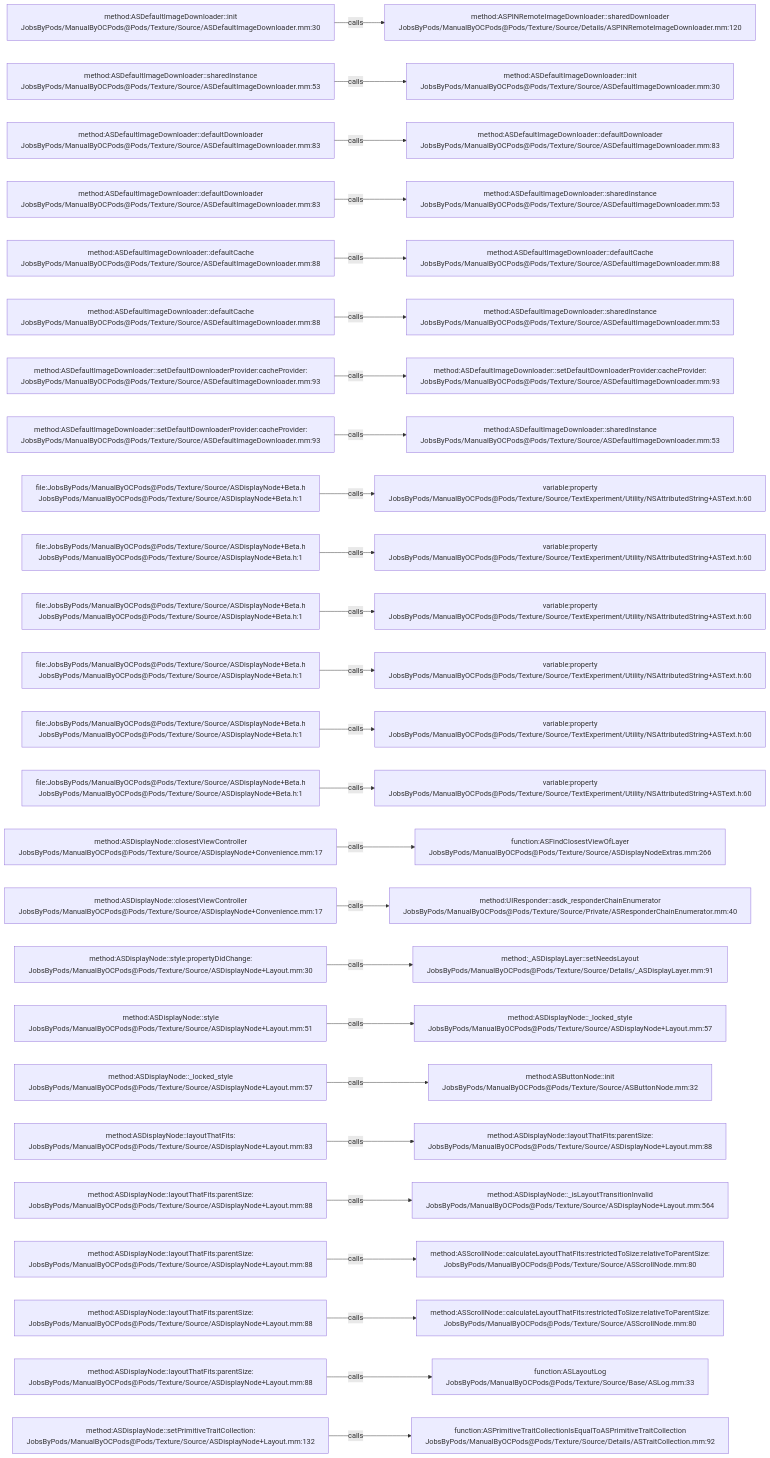
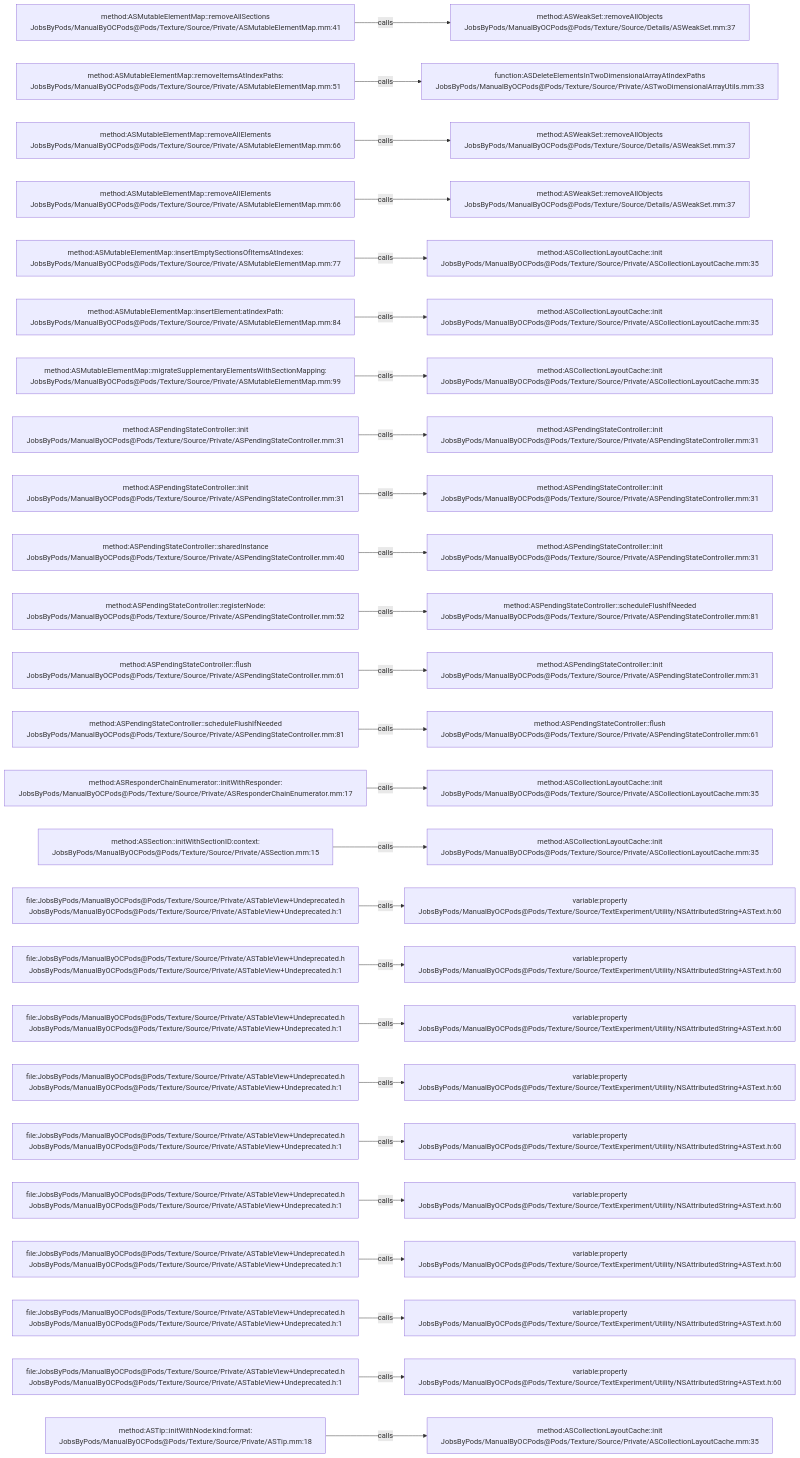
One commit to JobsKits/JobsOCBaseConfigDemo changed the diagram in .codegraph/codegraph.md/graphs/calls-199.md. Above: the diagram before and after it, drawn with Mermaid. The commit also changed 2162 other files, not shown here.

````diff
--- a/.codegraph/codegraph.md/graphs/calls-199.md
+++ b/.codegraph/codegraph.md/graphs/calls-199.md
@@ -13,78 +13,78 @@
 ```mermaid
 flowchart LR
-  S1["method:ASDefaultImageDownloader::init<br/>JobsByPods/ManualByOCPods@Pods/Texture/Source/ASDefaultImageDownloader.mm:30"]
-  T1["method:ASPINRemoteImageDownloader::sharedDownloader<br/>JobsByPods/ManualByOCPods@Pods/Texture/Source/Details/ASPINRemoteImageDownloader.mm:120"]
+  S1["method:ASMutableElementMap::removeAllSections<br/>JobsByPods/ManualByOCPods@Pods/Texture/Source/Private/ASMutableElementMap.mm:41"]
+  T1["method:ASWeakSet::removeAllObjects<br/>JobsByPods/ManualByOCPods@Pods/Texture/Source/Details/ASWeakSet.mm:37"]
   S1 -->|calls| T1
-  S2["method:ASDefaultImageDownloader::sharedInstance<br/>JobsByPods/ManualByOCPods@Pods/Texture/Source/ASDefaultImageDownloader.mm:53"]
-  T2["method:ASDefaultImageDownloader::init<br/>JobsByPods/ManualByOCPods@Pods/Texture/Source/ASDefaultImageDownloader.mm:30"]
+  S2["method:ASMutableElementMap::removeItemsAtIndexPaths:<br/>JobsByPods/ManualByOCPods@Pods/Texture/Source/Private/ASMutableElementMap.mm:51"]
+  T2["function:ASDeleteElementsInTwoDimensionalArrayAtIndexPaths<br/>JobsByPods/ManualByOCPods@Pods/Texture/Source/Private/ASTwoDimensionalArrayUtils.mm:33"]
   S2 -->|calls| T2
-  S3["method:ASDefaultImageDownloader::defaultDownloader<br/>JobsByPods/ManualByOCPods@Pods/Texture/Source/ASDefaultImageDownloader.mm:83"]
-  T3["method:ASDefaultImageDownloader::defaultDownloader<br/>JobsByPods/ManualByOCPods@Pods/Texture/Source/ASDefaultImageDownloader.mm:83"]
+  S3["method:ASMutableElementMap::removeAllElements<br/>JobsByPods/ManualByOCPods@Pods/Texture/Source/Private/ASMutableElementMap.mm:66"]
+  T3["method:ASWeakSet::removeAllObjects<br/>JobsByPods/ManualByOCPods@Pods/Texture/Source/Details/ASWeakSet.mm:37"]
   S3 -->|calls| T3
-  S4["method:ASDefaultImageDownloader::defaultDownloader<br/>JobsByPods/ManualByOCPods@Pods/Texture/Source/ASDefaultImageDownloader.mm:83"]
-  T4["method:ASDefaultImageDownloader::sharedInstance<br/>JobsByPods/ManualByOCPods@Pods/Texture/Source/ASDefaultImageDownloader.mm:53"]
+  S4["method:ASMutableElementMap::removeAllElements<br/>JobsByPods/ManualByOCPods@Pods/Texture/Source/Private/ASMutableElementMap.mm:66"]
+  T4["method:ASWeakSet::removeAllObjects<br/>JobsByPods/ManualByOCPods@Pods/Texture/Source/Details/ASWeakSet.mm:37"]
   S4 -->|calls| T4
-  S5["method:ASDefaultImageDownloader::defaultCache<br/>JobsByPods/ManualByOCPods@Pods/Texture/Source/ASDefaultImageDownloader.mm:88"]
-  T5["method:ASDefaultImageDownloader::defaultCache<br/>JobsByPods/ManualByOCPods@Pods/Texture/Source/ASDefaultImageDownloader.mm:88"]
+  S5["method:ASMutableElementMap::insertEmptySectionsOfItemsAtIndexes:<br/>JobsByPods/ManualByOCPods@Pods/Texture/Source/Private/ASMutableElementMap.mm:77"]
+  T5["method:ASCollectionLayoutCache::init<br/>JobsByPods/ManualByOCPods@Pods/Texture/Source/Private/ASCollectionLayoutCache.mm:35"]
   S5 -->|calls| T5
-  S6["method:ASDefaultImageDownloader::defaultCache<br/>JobsByPods/ManualByOCPods@Pods/Texture/Source/ASDefaultImageDownloader.mm:88"]
-  T6["method:ASDefaultImageDownloader::sharedInstance<br/>JobsByPods/ManualByOCPods@Pods/Texture/Source/ASDefaultImageDownloader.mm:53"]
+  S6["method:ASMutableElementMap::insertElement:atIndexPath:<br/>JobsByPods/ManualByOCPods@Pods/Texture/Source/Private/ASMutableElementMap.mm:84"]
+  T6["method:ASCollectionLayoutCache::init<br/>JobsByPods/ManualByOCPods@Pods/Texture/Source/Private/ASCollectionLayoutCache.mm:35"]
   S6 -->|calls| T6
-  S7["method:ASDefaultImageDownloader::setDefaultDownloaderProvider:cacheProvider:<br/>JobsByPods/ManualByOCPods@Pods/Texture/Source/ASDefaultImageDownloader.mm:93"]
-  T7["method:ASDefaultImageDownloader::setDefaultDownloaderProvider:cacheProvider:<br/>JobsByPods/ManualByOCPods@Pods/Texture/Source/ASDefaultImageDownloader.mm:93"]
+  S7["method:ASMutableElementMap::migrateSupplementaryElementsWithSectionMapping:<br/>JobsByPods/ManualByOCPods@Pods/Texture/Source/Private/ASMutableElementMap.mm:99"]
+  T7["method:ASCollectionLayoutCache::init<br/>JobsByPods/ManualByOCPods@Pods/Texture/Source/Private/ASCollectionLayoutCache.mm:35"]
   S7 -->|calls| T7
-  S8["method:ASDefaultImageDownloader::setDefaultDownloaderProvider:cacheProvider:<br/>JobsByPods/ManualByOCPods@Pods/Texture/Source/ASDefaultImageDownloader.mm:93"]
-  T8["method:ASDefaultImageDownloader::sharedInstance<br/>JobsByPods/ManualByOCPods@Pods/Texture/Source/ASDefaultImageDownloader.mm:53"]
+  S8["method:ASPendingStateController::init<br/>JobsByPods/ManualByOCPods@Pods/Texture/Source/Private/ASPendingStateController.mm:31"]
+  T8["method:ASPendingStateController::init<br/>JobsByPods/ManualByOCPods@Pods/Texture/Source/Private/ASPendingStateController.mm:31"]
   S8 -->|calls| T8
-  S9["file:JobsByPods/ManualByOCPods@Pods/Texture/Source/ASDisplayNode+Beta.h<br/>JobsByPods/ManualByOCPods@Pods/Texture/Source/ASDisplayNode+Beta.h:1"]
-  T9["variable:property<br/>JobsByPods/ManualByOCPods@Pods/Texture/Source/TextExperiment/Utility/NSAttributedString+ASText.h:60"]
+  S9["method:ASPendingStateController::init<br/>JobsByPods/ManualByOCPods@Pods/Texture/Source/Private/ASPendingStateController.mm:31"]
+  T9["method:ASPendingStateController::init<br/>JobsByPods/ManualByOCPods@Pods/Texture/Source/Private/ASPendingStateController.mm:31"]
   S9 -->|calls| T9
-  S10["file:JobsByPods/ManualByOCPods@Pods/Texture/Source/ASDisplayNode+Beta.h<br/>JobsByPods/ManualByOCPods@Pods/Texture/Source/ASDisplayNode+Beta.h:1"]
-  T10["variable:property<br/>JobsByPods/ManualByOCPods@Pods/Texture/Source/TextExperiment/Utility/NSAttributedString+ASText.h:60"]
+  S10["method:ASPendingStateController::sharedInstance<br/>JobsByPods/ManualByOCPods@Pods/Texture/Source/Private/ASPendingStateController.mm:40"]
+  T10["method:ASPendingStateController::init<br/>JobsByPods/ManualByOCPods@Pods/Texture/Source/Private/ASPendingStateController.mm:31"]
   S10 -->|calls| T10
-  S11["file:JobsByPods/ManualByOCPods@Pods/Texture/Source/ASDisplayNode+Beta.h<br/>JobsByPods/ManualByOCPods@Pods/Texture/Source/ASDisplayNode+Beta.h:1"]
-  T11["variable:property<br/>JobsByPods/ManualByOCPods@Pods/Texture/Source/TextExperiment/Utility/NSAttributedString+ASText.h:60"]
+  S11["method:ASPendingStateController::registerNode:<br/>JobsByPods/ManualByOCPods@Pods/Texture/Source/Private/ASPendingStateController.mm:52"]
+  T11["method:ASPendingStateController::scheduleFlushIfNeeded<br/>JobsByPods/ManualByOCPods@Pods/Texture/Source/Private/ASPendingStateController.mm:81"]
   S11 -->|calls| T11
-  S12["file:JobsByPods/ManualByOCPods@Pods/Texture/Source/ASDisplayNode+Beta.h<br/>JobsByPods/ManualByOCPods@Pods/Texture/Source/ASDisplayNode+Beta.h:1"]
-  T12["variable:property<br/>JobsByPods/ManualByOCPods@Pods/Texture/Source/TextExperiment/Utility/NSAttributedString+ASText.h:60"]
+  S12["method:ASPendingStateController::flush<br/>JobsByPods/ManualByOCPods@Pods/Texture/Source/Private/ASPendingStateController.mm:61"]
+  T12["method:ASPendingStateController::init<br/>JobsByPods/ManualByOCPods@Pods/Texture/Source/Private/ASPendingStateController.mm:31"]
   S12 -->|calls| T12
-  S13["file:JobsByPods/ManualByOCPods@Pods/Texture/Source/ASDisplayNode+Beta.h<br/>JobsByPods/ManualByOCPods@Pods/Texture/Source/ASDisplayNode+Beta.h:1"]
-  T13["variable:property<br/>JobsByPods/ManualByOCPods@Pods/Texture/Source/TextExperiment/Utility/NSAttributedString+ASText.h:60"]
+  S13["method:ASPendingStateController::scheduleFlushIfNeeded<br/>JobsByPods/ManualByOCPods@Pods/Texture/Source/Private/ASPendingStateController.mm:81"]
+  T13["method:ASPendingStateController::flush<br/>JobsByPods/ManualByOCPods@Pods/Texture/Source/Private/ASPendingStateController.mm:61"]
   S13 -->|calls| T13
-  S14["file:JobsByPods/ManualByOCPods@Pods/Texture/Source/ASDisplayNode+Beta.h<br/>JobsByPods/ManualByOCPods@Pods/Texture/Source/ASDisplayNode+Beta.h:1"]
-  T14["variable:property<br/>JobsByPods/ManualByOCPods@Pods/Texture/Source/TextExperiment/Utility/NSAttributedString+ASText.h:60"]
+  S14["method:ASResponderChainEnumerator::initWithResponder:<br/>JobsByPods/ManualByOCPods@Pods/Texture/Source/Private/ASResponderChainEnumerator.mm:17"]
+  T14["method:ASCollectionLayoutCache::init<br/>JobsByPods/ManualByOCPods@Pods/Texture/Source/Private/ASCollectionLayoutCache.mm:35"]
   S14 -->|calls| T14
-  S15["method:ASDisplayNode::closestViewController<br/>JobsByPods/ManualByOCPods@Pods/Texture/Source/ASDisplayNode+Convenience.mm:17"]
-  T15["function:ASFindClosestViewOfLayer<br/>JobsByPods/ManualByOCPods@Pods/Texture/Source/ASDisplayNodeExtras.mm:266"]
+  S15["method:ASSection::initWithSectionID:context:<br/>JobsByPods/ManualByOCPods@Pods/Texture/Source/Private/ASSection.mm:15"]
+  T15["method:ASCollectionLayoutCache::init<br/>JobsByPods/ManualByOCPods@Pods/Texture/Source/Private/ASCollectionLayoutCache.mm:35"]
   S15 -->|calls| T15
-  S16["method:ASDisplayNode::closestViewController<br/>JobsByPods/ManualByOCPods@Pods/Texture/Source/ASDisplayNode+Convenience.mm:17"]
-  T16["method:UIResponder::asdk_responderChainEnumerator<br/>JobsByPods/ManualByOCPods@Pods/Texture/Source/Private/ASResponderChainEnumerator.mm:40"]
+  S16["file:JobsByPods/ManualByOCPods@Pods/Texture/Source/Private/ASTableView+Undeprecated.h<br/>JobsByPods/ManualByOCPods@Pods/Texture/Source/Private/ASTableView+Undeprecated.h:1"]
+  T16["variable:property<br/>JobsByPods/ManualByOCPods@Pods/Texture/Source/TextExperiment/Utility/NSAttributedString+ASText.h:60"]
   S16 -->|calls| T16
-  S17["method:ASDisplayNode::style:propertyDidChange:<br/>JobsByPods/ManualByOCPods@Pods/Texture/Source/ASDisplayNode+Layout.mm:30"]
-  T17["method:_ASDisplayLayer::setNeedsLayout<br/>JobsByPods/ManualByOCPods@Pods/Texture/Source/Details/_ASDisplayLayer.mm:91"]
+  S17["file:JobsByPods/ManualByOCPods@Pods/Texture/Source/Private/ASTableView+Undeprecated.h<br/>JobsByPods/ManualByOCPods@Pods/Texture/Source/Private/ASTableView+Undeprecated.h:1"]
+  T17["variable:property<br/>JobsByPods/ManualByOCPods@Pods/Texture/Source/TextExperiment/Utility/NSAttributedString+ASText.h:60"]
   S17 -->|calls| T17
-  S18["method:ASDisplayNode::style<br/>JobsByPods/ManualByOCPods@Pods/Texture/Source/ASDisplayNode+Layout.mm:51"]
-  T18["method:ASDisplayNode::_locked_style<br/>JobsByPods/ManualByOCPods@Pods/Texture/Source/ASDisplayNode+Layout.mm:57"]
+  S18["file:JobsByPods/ManualByOCPods@Pods/Texture/Source/Private/ASTableView+Undeprecated.h<br/>JobsByPods/ManualByOCPods@Pods/Texture/Source/Private/ASTableView+Undeprecated.h:1"]
+  T18["variable:property<br/>JobsByPods/ManualByOCPods@Pods/Texture/Source/TextExperiment/Utility/NSAttributedString+ASText.h:60"]
   S18 -->|calls| T18
-  S19["method:ASDisplayNode::_locked_style<br/>JobsByPods/ManualByOCPods@Pods/Texture/Source/ASDisplayNode+Layout.mm:57"]
-  T19["method:ASButtonNode::init<br/>JobsByPods/ManualByOCPods@Pods/Texture/Source/ASButtonNode.mm:32"]
+  S19["file:JobsByPods/ManualByOCPods@Pods/Texture/Source/Private/ASTableView+Undeprecated.h<br/>JobsByPods/ManualByOCPods@Pods/Texture/Source/Private/ASTableView+Undeprecated.h:1"]
+  T19["variable:property<br/>JobsByPods/ManualByOCPods@Pods/Texture/Source/TextExperiment/Utility/NSAttributedString+ASText.h:60"]
   S19 -->|calls| T19
-  S20["method:ASDisplayNode::layoutThatFits:<br/>JobsByPods/ManualByOCPods@Pods/Texture/Source/ASDisplayNode+Layout.mm:83"]
-  T20["method:ASDisplayNode::layoutThatFits:parentSize:<br/>JobsByPods/ManualByOCPods@Pods/Texture/Source/ASDisplayNode+Layout.mm:88"]
+  S20["file:JobsByPods/ManualByOCPods@Pods/Texture/Source/Private/ASTableView+Undeprecated.h<br/>JobsByPods/ManualByOCPods@Pods/Texture/Source/Private/ASTableView+Undeprecated.h:1"]
+  T20["variable:property<br/>JobsByPods/ManualByOCPods@Pods/Texture/Source/TextExperiment/Utility/NSAttributedString+ASText.h:60"]
   S20 -->|calls| T20
-  S21["method:ASDisplayNode::layoutThatFits:parentSize:<br/>JobsByPods/ManualByOCPods@Pods/Texture/Source/ASDisplayNode+Layout.mm:88"]
-  T21["method:ASDisplayNode::_isLayoutTransitionInvalid<br/>JobsByPods/ManualByOCPods@Pods/Texture/Source/ASDisplayNode+Layout.mm:564"]
+  S21["file:JobsByPods/ManualByOCPods@Pods/Texture/Source/Private/ASTableView+Undeprecated.h<br/>JobsByPods/ManualByOCPods@Pods/Texture/Source/Private/ASTableView+Undeprecated.h:1"]
+  T21["variable:property<br/>JobsByPods/ManualByOCPods@Pods/Texture/Source/TextExperiment/Utility/NSAttributedString+ASText.h:60"]
   S21 -->|calls| T21
-  S22["method:ASDisplayNode::layoutThatFits:parentSize:<br/>JobsByPods/ManualByOCPods@Pods/Texture/Source/ASDisplayNode+Layout.mm:88"]
-  T22["method:ASScrollNode::calculateLayoutThatFits:restrictedToSize:relativeToParentSize:<br/>JobsByPods/ManualByOCPods@Pods/Texture/Source/ASScrollNode.mm:80"]
+  S22["file:JobsByPods/ManualByOCPods@Pods/Texture/Source/Private/ASTableView+Undeprecated.h<br/>JobsByPods/ManualByOCPods@Pods/Texture/Source/Private/ASTableView+Undeprecated.h:1"]
+  T22["variable:property<br/>JobsByPods/ManualByOCPods@Pods/Texture/Source/TextExperiment/Utility/NSAttributedString+ASText.h:60"]
   S22 -->|calls| T22
-  S23["method:ASDisplayNode::layoutThatFits:parentSize:<br/>JobsByPods/ManualByOCPods@Pods/Texture/Source/ASDisplayNode+Layout.mm:88"]
-  T23["method:ASScrollNode::calculateLayoutThatFits:restrictedToSize:relativeToParentSize:<br/>JobsByPods/ManualByOCPods@Pods/Texture/Source/ASScrollNode.mm:80"]
+  S23["file:JobsByPods/ManualByOCPods@Pods/Texture/Source/Private/ASTableView+Undeprecated.h<br/>JobsByPods/ManualByOCPods@Pods/Texture/Source/Private/ASTableView+Undeprecated.h:1"]
+  T23["variable:property<br/>JobsByPods/ManualByOCPods@Pods/Texture/Source/TextExperiment/Utility/NSAttributedString+ASText.h:60"]
   S23 -->|calls| T23
-  S24["method:ASDisplayNode::layoutThatFits:parentSize:<br/>JobsByPods/ManualByOCPods@Pods/Texture/Source/ASDisplayNode+Layout.mm:88"]
-  T24["function:ASLayoutLog<br/>JobsByPods/ManualByOCPods@Pods/Texture/Source/Base/ASLog.mm:33"]
+  S24["file:JobsByPods/ManualByOCPods@Pods/Texture/Source/Private/ASTableView+Undeprecated.h<br/>JobsByPods/ManualByOCPods@Pods/Texture/Source/Private/ASTableView+Undeprecated.h:1"]
+  T24["variable:property<br/>JobsByPods/ManualByOCPods@Pods/Texture/Source/TextExperiment/Utility/NSAttributedString+ASText.h:60"]
   S24 -->|calls| T24
-  S25["method:ASDisplayNode::setPrimitiveTraitCollection:<br/>JobsByPods/ManualByOCPods@Pods/Texture/Source/ASDisplayNode+Layout.mm:132"]
-  T25["function:ASPrimitiveTraitCollectionIsEqualToASPrimitiveTraitCollection<br/>JobsByPods/ManualByOCPods@Pods/Texture/Source/Details/ASTraitCollection.mm:92"]
+  S25["method:ASTip::initWithNode:kind:format:<br/>JobsByPods/ManualByOCPods@Pods/Texture/Source/Private/ASTip.mm:18"]
+  T25["method:ASCollectionLayoutCache::init<br/>JobsByPods/ManualByOCPods@Pods/Texture/Source/Private/ASCollectionLayoutCache.mm:35"]
   S25 -->|calls| T25
 ```
````
